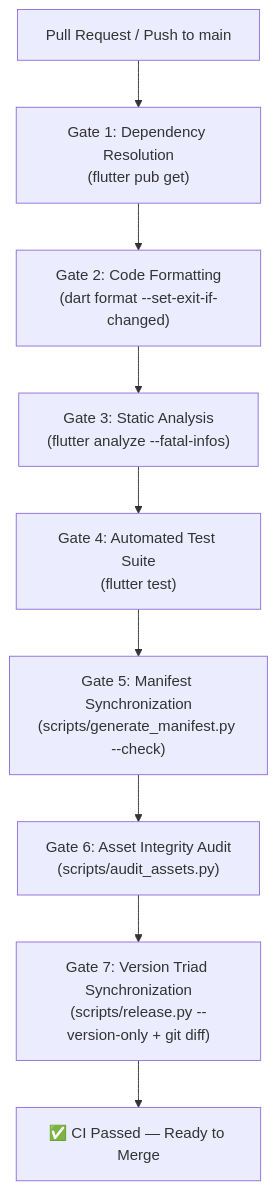
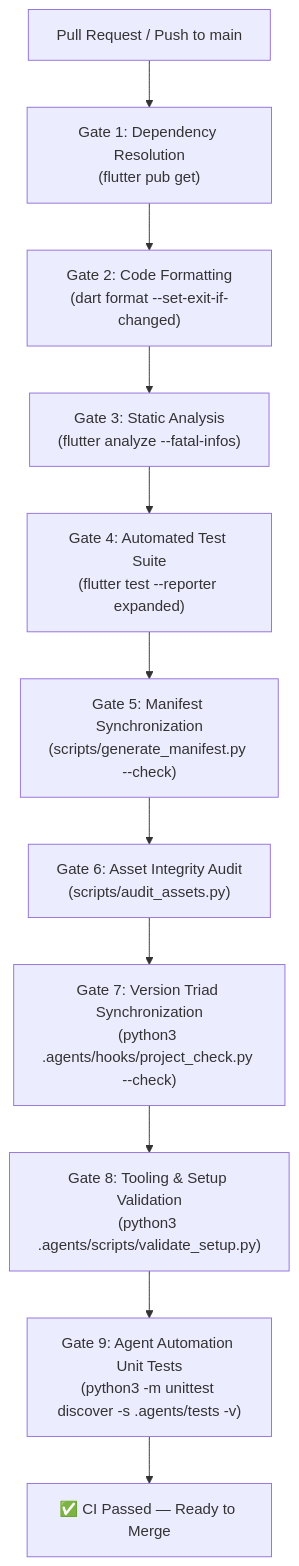
One commit to AbderrahmaneSAOUDI/BiGuess-Game changed the diagram in docs/migration/CI_VERIFICATION.md. Above: the diagram before and after it, drawn with Mermaid. The commit also changed other lines of this file and 16 other files, not shown here.

````diff
--- a/docs/migration/CI_VERIFICATION.md
+++ b/docs/migration/CI_VERIFICATION.md
@@ -84,11 +86,13 @@
 ```mermaid
 flowchart TD
     A["Pull Request / Push to main"] --> G1["Gate 1: Dependency Resolution\n(flutter pub get)"]
     G1 --> G2["Gate 2: Code Formatting\n(dart format --set-exit-if-changed)"]
     G2 --> G3["Gate 3: Static Analysis\n(flutter analyze --fatal-infos)"]
-    G3 --> G4["Gate 4: Automated Test Suite\n(flutter test)"]
+    G3 --> G4["Gate 4: Automated Test Suite\n(flutter test --reporter expanded)"]
     G4 --> G5["Gate 5: Manifest Synchronization\n(scripts/generate_manifest.py --check)"]
     G5 --> G6["Gate 6: Asset Integrity Audit\n(scripts/audit_assets.py)"]
-    G6 --> G7["Gate 7: Version Triad Synchronization\n(scripts/release.py --version-only + git diff)"]
-    G7 --> PASS["✅ CI Passed — Ready to Merge"]
+    G6 --> G7["Gate 7: Version Triad Synchronization\n(python3 .agents/hooks/project_check.py --check)"]
+    G7 --> G8["Gate 8: Tooling & Setup Validation\n(python3 .agents/scripts/validate_setup.py)"]
+    G8 --> G9["Gate 9: Agent Automation Unit Tests\n(python3 -m unittest discover -s .agents/tests -v)"]
+    G9 --> PASS["✅ CI Passed — Ready to Merge"]
 ```
````
